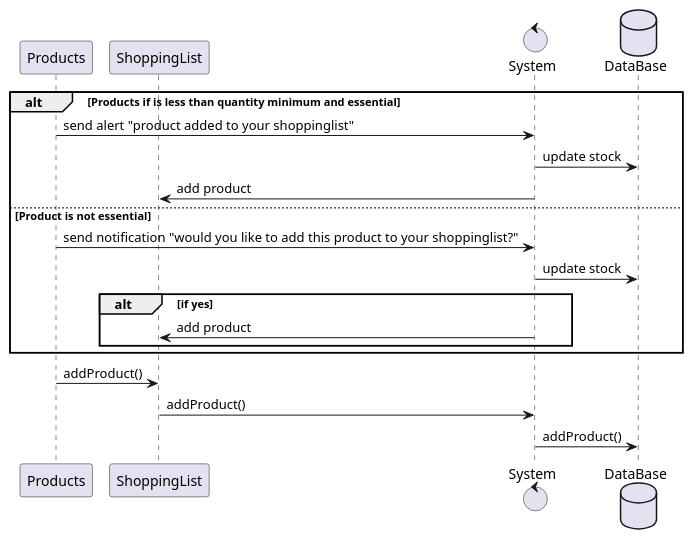
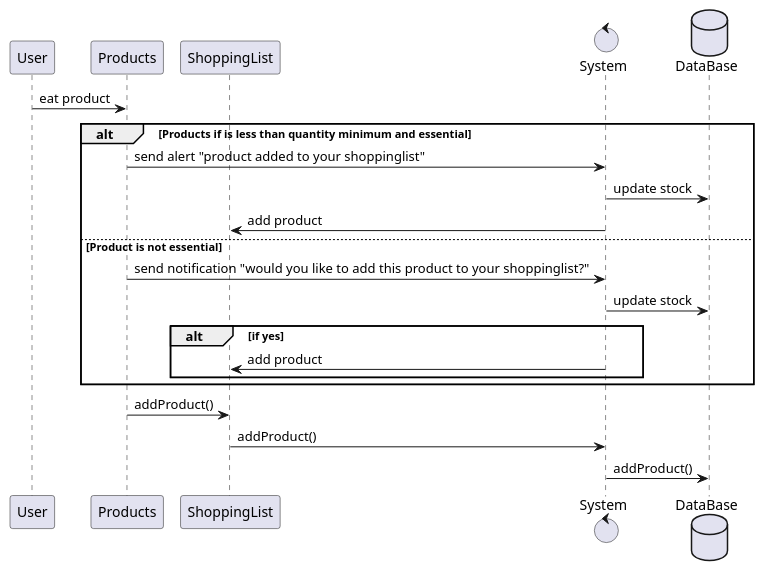
Before and after one commit to BryanChn/Filrouge-403-: the diagram in pandafeed/sequence.puml, drawn with PlantUML. The commit also changed 2 other files, not shown here.

```diff
--- a/pandafeed/sequence.puml
+++ b/pandafeed/sequence.puml
@@ -1,29 +1,33 @@
 @startuml sequence 
+    participant "User" as User 
     participant  "Products"  as  Products
-    participant  "ShoppingList"  as  ShoppingList    
+    participant  "ShoppingList"  as  ShoppingList   
+    
     control  "System"  as  system
     database "DataBase" as Db
+    User -> Products : eat product
+    
     alt Products if is less than quantity minimum and essential
         Products -> system : send alert "product added to your shoppinglist"
         system -> Db : update stock
         system -> ShoppingList : add product
         else Product is not essential 
         Products -> system : send notification "would you like to add this product to your shoppinglist?"
          system -> Db : update stock
          alt if yes 
             system -> ShoppingList : add product
 
             
          end
        
     end
     Products -> ShoppingList : addProduct()
     ShoppingList -> system : addProduct()
     system -> Db : addProduct()
     
 
     
    
    
    
      @enduml
```
